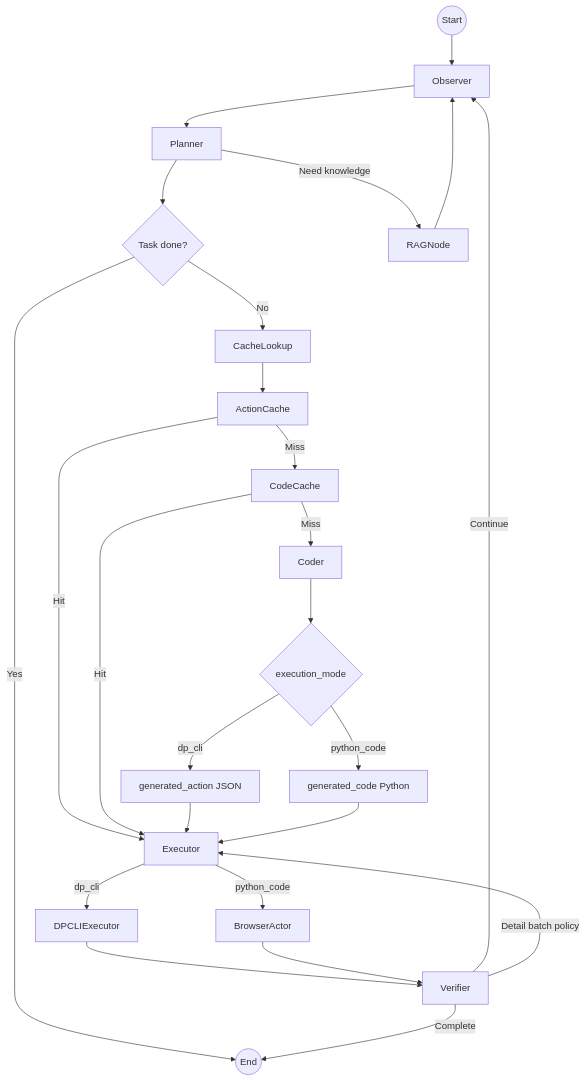
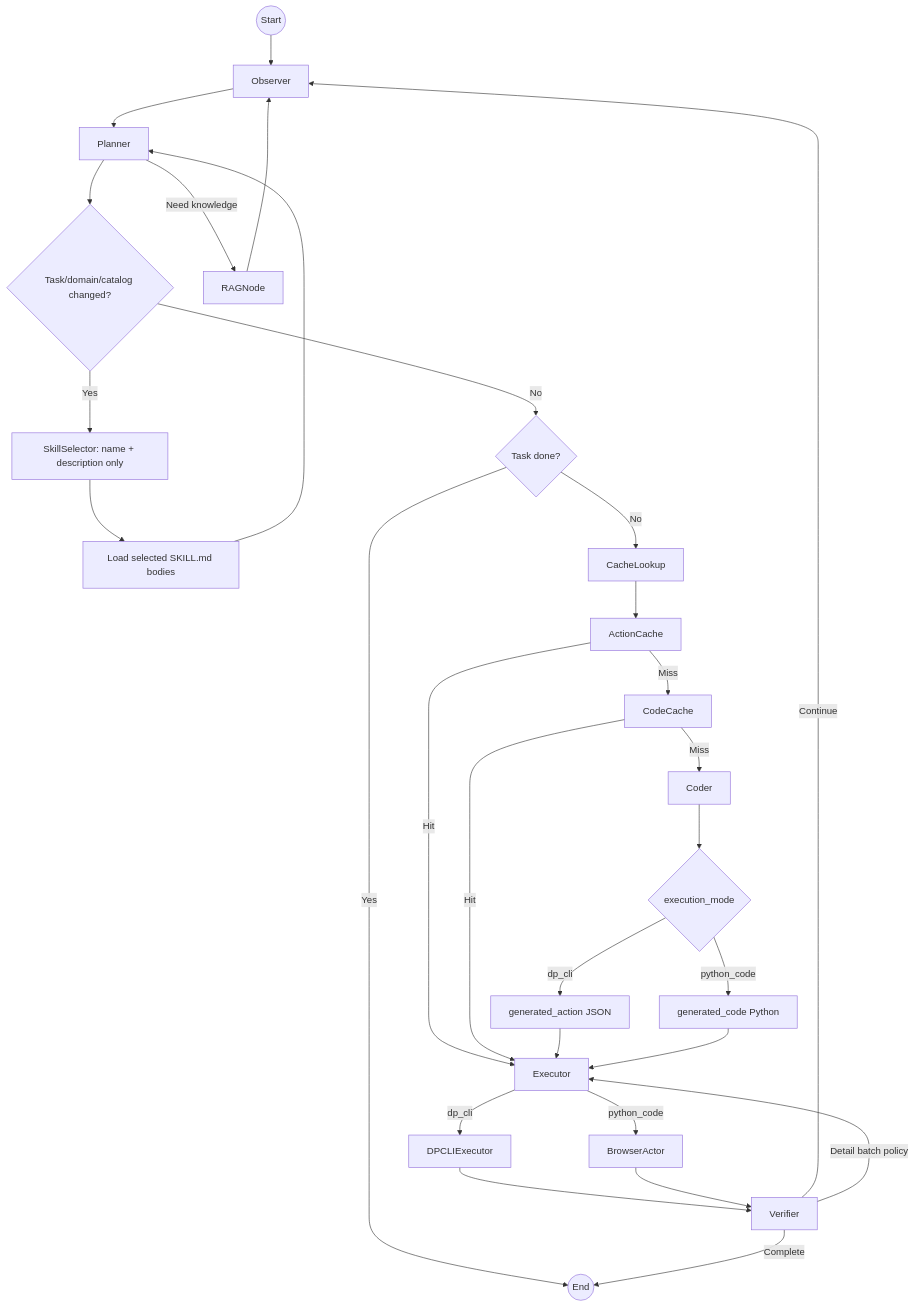
One commit to 1122414/AutoWeb changed the diagram in Readme.md. Above: the diagram before and after it, drawn with Mermaid. The commit also changed other lines of this file and 70 other files, not shown here.

````diff
--- a/Readme.md
+++ b/Readme.md
@@ -24,33 +25,37 @@
 ```mermaid
 graph TD
     Start((Start)) --> Observer
     Observer --> Planner
-    Planner --> Done{Task done?}
+    Planner --> SkillNeeded{Task/domain/catalog changed?}
+    SkillNeeded -- Yes --> SkillSelector[SkillSelector: name + description only]
+    SkillSelector --> LoadSkills[Load selected SKILL.md bodies]
+    LoadSkills --> Planner
+    SkillNeeded -- No --> Done{Task done?}
     Done -- Yes --> End((End))
     Done -- No --> CacheLookup
 
     Planner -- Need knowledge --> RAGNode
     RAGNode --> Observer
 
     CacheLookup --> ActionCache
     ActionCache -- Hit --> Executor
     ActionCache -- Miss --> CodeCache
     CodeCache -- Hit --> Executor
     CodeCache -- Miss --> Coder
 
     Coder --> Mode{execution_mode}
     Mode -- dp_cli --> ActionJSON[generated_action JSON]
     Mode -- python_code --> PythonCode[generated_code Python]
 
     ActionJSON --> Executor
     PythonCode --> Executor
 
     Executor -- dp_cli --> DPCLI[DPCLIExecutor]
     Executor -- python_code --> BrowserActor[BrowserActor]
 
     DPCLI --> Verifier
     BrowserActor --> Verifier
     Verifier -- Continue --> Observer
     Verifier -- Detail batch policy --> Executor
     Verifier -- Complete --> End
 ```
````
